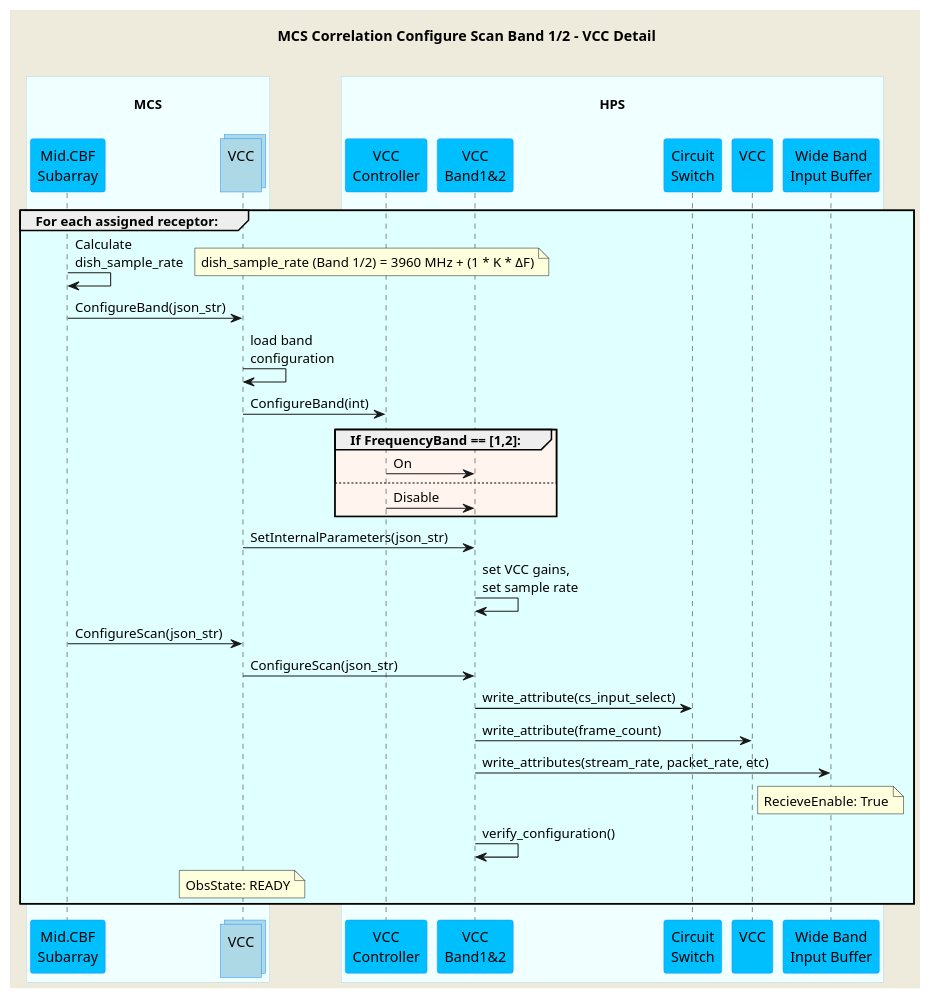
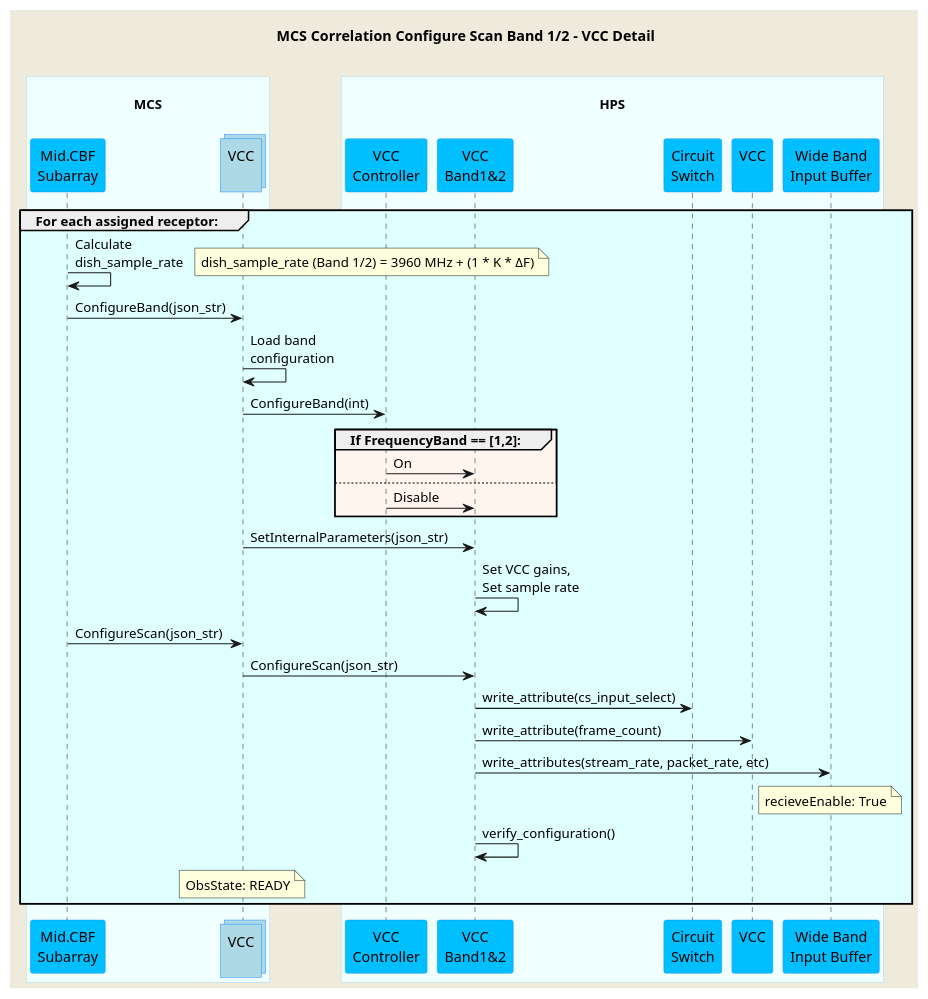
One commit to ska-telescope/mid-cbf-mcs changed the diagram in docs/src/diagrams/configure-scan-vcc.puml. Above: the diagram before and after it, drawn with PlantUML. The commit also changed 9 other files, not shown here.

```diff
--- a/docs/src/diagrams/configure-scan-vcc.puml
+++ b/docs/src/diagrams/configure-scan-vcc.puml
@@ -1,57 +1,57 @@
 @startuml
 'https://plantuml.com/sequence-diagram
 
 skinparam backgroundColor #EEEBDC
 skinparam sequence {
     ParticipantBorderColor DodgerBlue
     ParticipantBackgroundColor DeepSkyBlue
     ActorBorderColor DarkGreen
     ActorBackgroundColor Green
     BoxBorderColor LightBlue
     BoxBackgroundColor #F0FFFF
 }
 skinparam collections {
     BackGroundColor LightBlue
     BorderColor DodgerBlue
 }
 
 title MCS Correlation Configure Scan Band 1/2 - VCC Detail\n
 
 box "\nMCS\n"
     participant "Mid.CBF\nSubarray" as subarray
     collections "VCC\n" as vcc
 end box
 box "\nHPS\n"
     participant "VCC\nController" as hpsvcc
     participant "VCC\nBand1&2" as vccband1
     participant "Circuit\nSwitch" as cs
     participant "VCC\n" as vccdevice
     participant "Wide Band\nInput Buffer" as wb
 end box
 
 group #LightCyan For each assigned receptor:
     subarray    -> subarray     : Calculate\ndish_sample_rate
     note right                  : dish_sample_rate (Band 1/2) = 3960 MHz + (1 * K * <U+0394>F)
     subarray    -> vcc          : ConfigureBand(json_str)
-    vcc         -> vcc          : load band\nconfiguration
+    vcc         -> vcc          : Load band\nconfiguration
     vcc         -> hpsvcc       : ConfigureBand(int)
     group #SeaShell If FrequencyBand == [1,2]:
         hpsvcc  -> vccband1     : On
     else 
         hpsvcc  -> vccband1     : Disable
     end group
     vcc         -> vccband1     : SetInternalParameters(json_str)
-    vccband1    -> vccband1     : set VCC gains,\nset sample rate
+    vccband1    -> vccband1     : Set VCC gains,\nSet sample rate
 
     subarray    -> vcc          : ConfigureScan(json_str)
     vcc         -> vccband1     : ConfigureScan(json_str)
     vccband1    -> cs           : write_attribute(cs_input_select)
     vccband1    -> vccdevice    : write_attribute(frame_count)
     vccband1    -> wb           : write_attributes(stream_rate, packet_rate, etc)
-    note over wb                : RecieveEnable: True
+    note over wb                : recieveEnable: True
     vccband1    -> vccband1     : verify_configuration()
     note over vcc               : ObsState: READY
 end group
 
 
 @enduml
```
